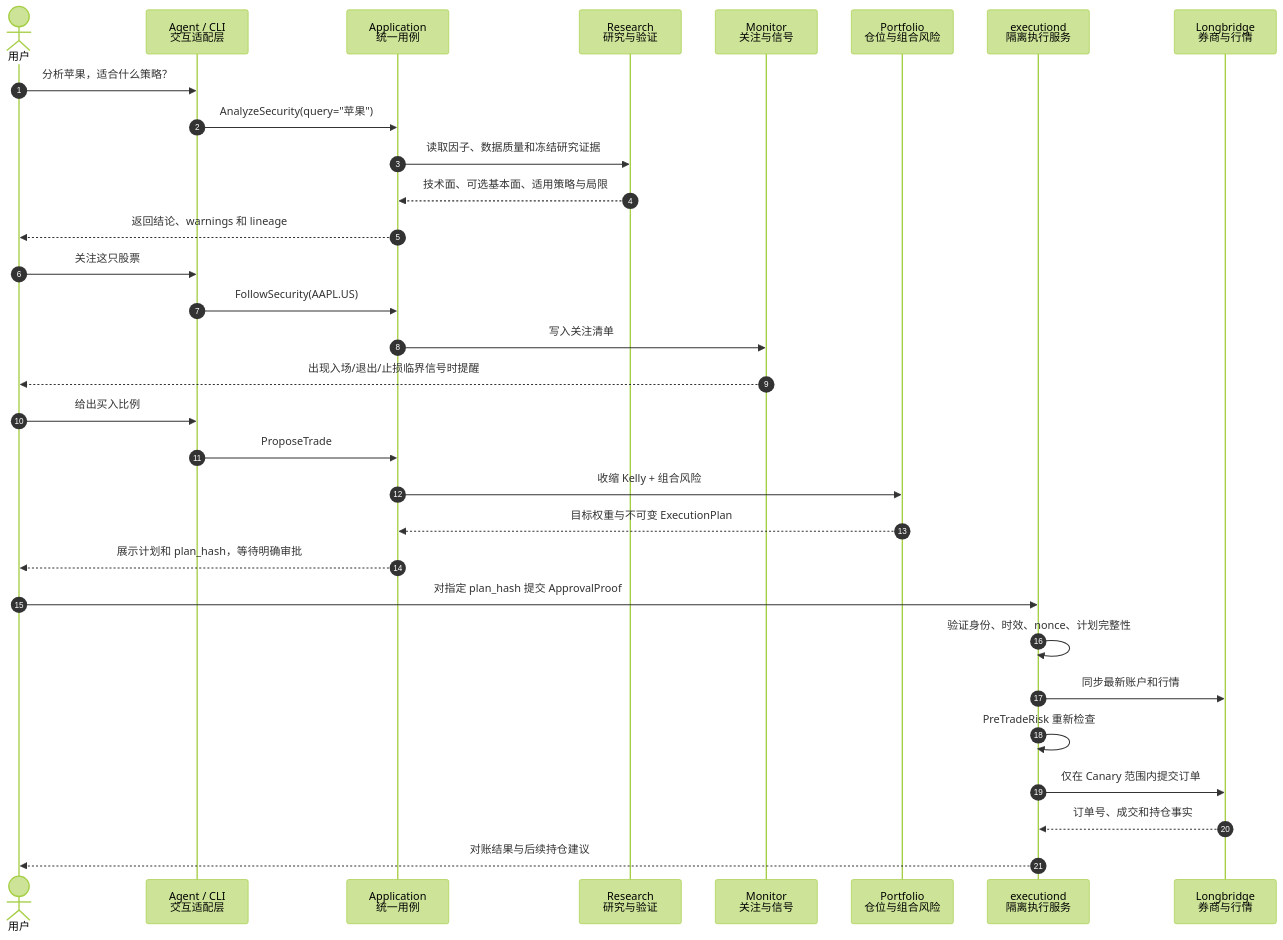
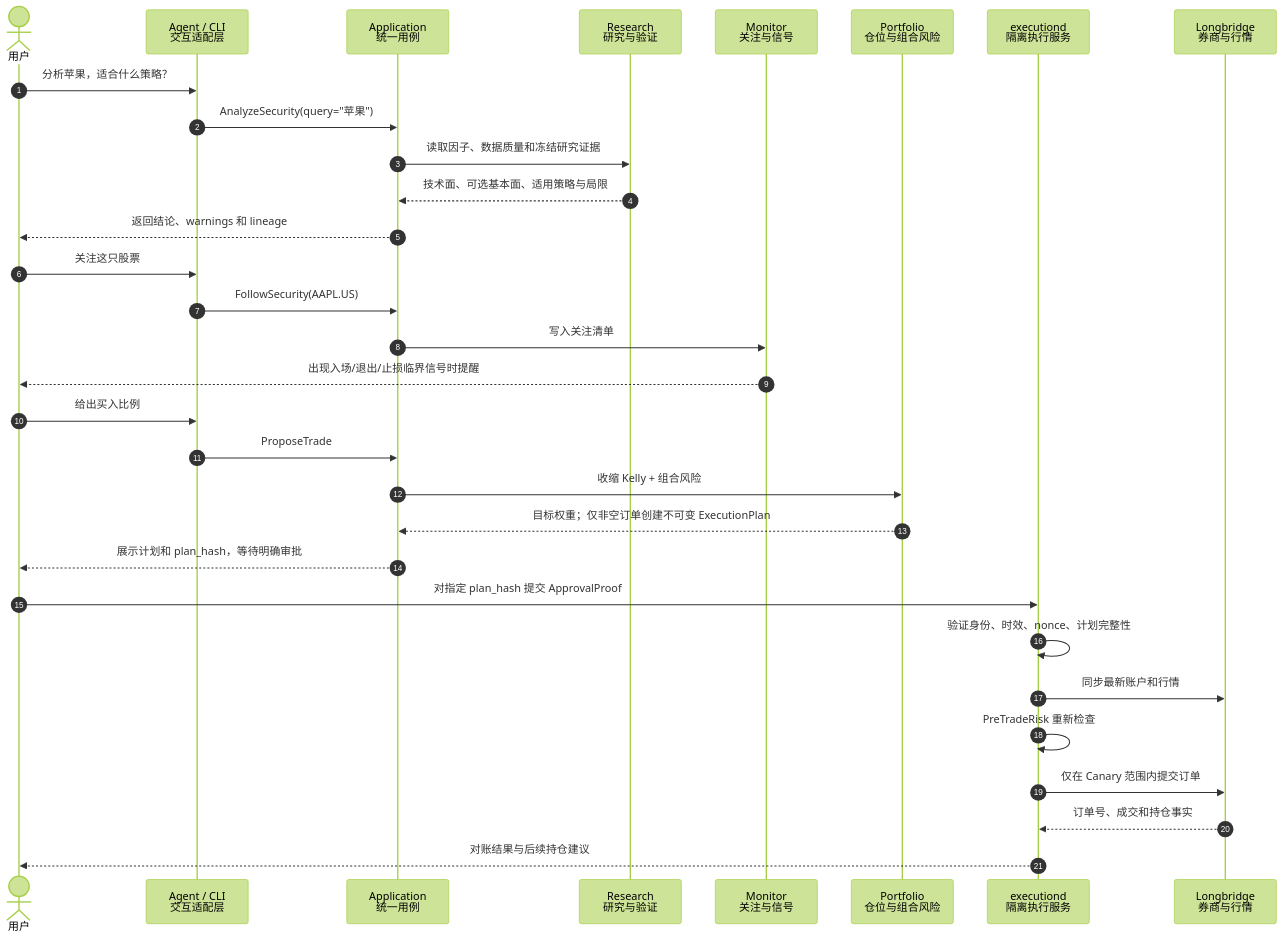
The second of 3 diagrams in docs/architecture.md (fanfpy/TradingCat), drawn with Mermaid (forest theme) before and after one commit. The commit also changed other lines of this file and 8 other files, not shown here.

````diff
--- a/docs/architecture.md
+++ b/docs/architecture.md
@@ -102,37 +102,37 @@
 ```mermaid
 sequenceDiagram
     autonumber
     actor U as 用户
     participant A as Agent / CLI<br/>交互适配层
     participant C as Application<br/>统一用例
     participant R as Research<br/>研究与验证
     participant M as Monitor<br/>关注与信号
     participant P as Portfolio<br/>仓位与组合风险
     participant E as executiond<br/>隔离执行服务
     participant B as Longbridge<br/>券商与行情
 
     U->>A: 分析苹果，适合什么策略？
     A->>C: AnalyzeSecurity(query="苹果")
     C->>R: 读取因子、数据质量和冻结研究证据
     R-->>C: 技术面、可选基本面、适用策略与局限
     C-->>U: 返回结论、warnings 和 lineage
 
     U->>A: 关注这只股票
     A->>C: FollowSecurity(AAPL.US)
     C->>M: 写入关注清单
     M-->>U: 出现入场/退出/止损临界信号时提醒
 
     U->>A: 给出买入比例
     A->>C: ProposeTrade
     C->>P: 收缩 Kelly + 组合风险
-    P-->>C: 目标权重与不可变 ExecutionPlan
+    P-->>C: 目标权重；仅非空订单创建不可变 ExecutionPlan
     C-->>U: 展示计划和 plan_hash，等待明确审批
 
     U->>E: 对指定 plan_hash 提交 ApprovalProof
     E->>E: 验证身份、时效、nonce、计划完整性
     E->>B: 同步最新账户和行情
     E->>E: PreTradeRisk 重新检查
     E->>B: 仅在 Canary 范围内提交订单
     B-->>E: 订单号、成交和持仓事实
     E-->>U: 对账结果与后续持仓建议
 ```
````
